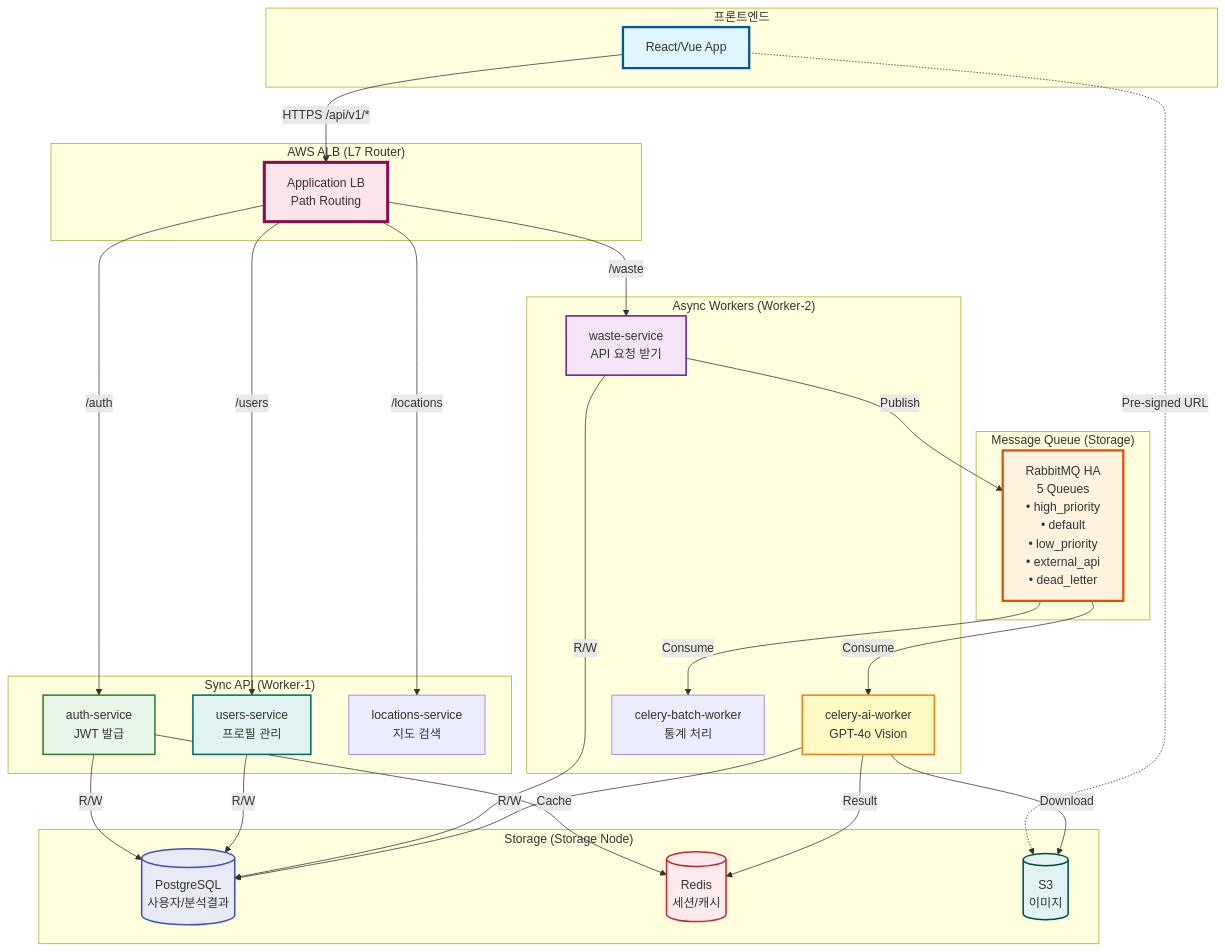
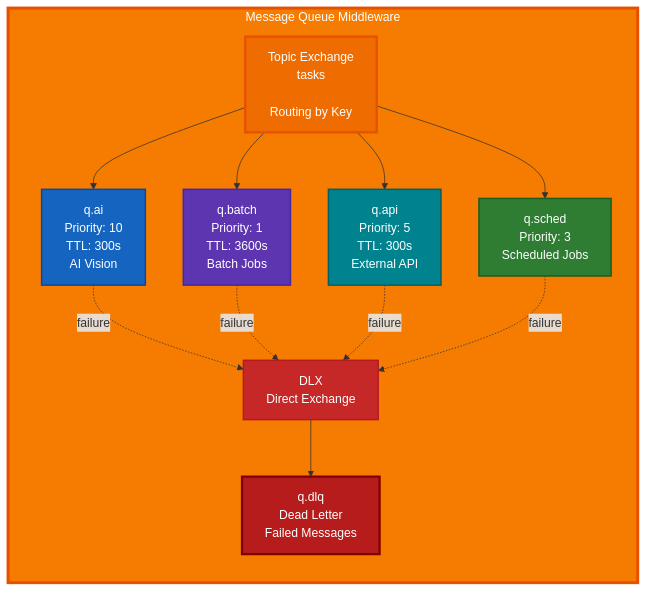
The fourth of 8 diagrams in docs/architecture/deployment-architecture-4node.md (eco2-team/backend), drawn with Mermaid before and after one commit. The commit also changed other lines of this file, not shown here.

First line of the commit message:
docs: Rewrite deployment-architecture-4node with 4-Tier Layered Architecture

````diff
--- a/docs/architecture/deployment-architecture-4node.md
+++ b/docs/architecture/deployment-architecture-4node.md
@@ -202,64 +248,34 @@
 ```mermaid
-graph TB
-    subgraph Frontend["프론트엔드"]
-        Web[React/Vue App]
+graph LR
+    subgraph MQ["Message Queue Middleware"]
+        Exchange["Topic Exchange<br/>tasks<br/><br/>Routing by Key"]
+        
+        Q1["q.ai<br/>Priority: 10<br/>TTL: 300s<br/>AI Vision"]
+        Q2["q.batch<br/>Priority: 1<br/>TTL: 3600s<br/>Batch Jobs"]
+        Q3["q.api<br/>Priority: 5<br/>TTL: 300s<br/>External API"]
+        Q4["q.sched<br/>Priority: 3<br/>Scheduled Jobs"]
+        Q5["q.dlq<br/>Dead Letter<br/>Failed Messages"]
+        
+        DLX["DLX<br/>Direct Exchange"]
     end
     
-    subgraph ALB_Layer["AWS ALB (L7 Router)"]
-        ALB[Application LB<br/>Path Routing]
-    end
+    Exchange --> Q1
+    Exchange --> Q2
+    Exchange --> Q3
+    Exchange --> Q4
     
-    subgraph API_Layer["Sync API (Worker-1)"]
-        Auth[auth-service<br/>JWT 발급]
-        Users[users-service<br/>프로필 관리]
-        Locations[locations-service<br/>지도 검색]
-    end
+    Q1 -.->|failure| DLX
+    Q2 -.->|failure| DLX
+    Q3 -.->|failure| DLX
+    Q4 -.->|failure| DLX
+    DLX --> Q5
     
-    subgraph Async_Layer["Async Workers (Worker-2)"]
-        Waste[waste-service<br/>API 요청 받기]
-        CeleryAI[celery-ai-worker<br/>GPT-4o Vision]
-        CeleryBatch[celery-batch-worker<br/>통계 처리]
-    end
-    
-    subgraph Queue["Message Queue (Storage)"]
-        RMQ[RabbitMQ HA<br/>5 Queues<br/>• high_priority<br/>• default<br/>• low_priority<br/>• external_api<br/>• dead_letter]
-    end
-    
-    subgraph Data["Storage (Storage Node)"]
-        PG[(PostgreSQL<br/>사용자/분석결과)]
-        Redis[(Redis<br/>세션/캐시)]
-        S3[(S3<br/>이미지)]
-    end
-    
-    Web -->|HTTPS /api/v1/*| ALB
-    ALB -->|/auth| Auth
-    ALB -->|/users| Users
-    ALB -->|/locations| Locations
-    ALB -->|/waste| Waste
-    
-    Waste -->|Publish| RMQ
-    RMQ -->|Consume| CeleryAI
-    RMQ -->|Consume| CeleryBatch
-    
-    Auth -->|R/W| PG
-    Users -->|R/W| PG
-    Waste -->|R/W| PG
-    CeleryAI -->|R/W| PG
-    
-    Auth -->|Cache| Redis
-    CeleryAI -->|Result| Redis
-    
-    Web -.->|Pre-signed URL| S3
-    CeleryAI -->|Download| S3
-    
-    style Web fill:#e1f5ff,stroke:#01579b,stroke-width:3px
-    style ALB fill:#fce4ec,stroke:#880e4f,stroke-width:4px
-    style Auth fill:#e8f5e9,stroke:#2e7d32,stroke-width:2px
-    style Users fill:#e0f2f1,stroke:#00695c,stroke-width:2px
-    style Waste fill:#f3e5f5,stroke:#6a1b9a,stroke-width:2px
-    style RMQ fill:#fff3e0,stroke:#e65100,stroke-width:3px
-    style CeleryAI fill:#fff9c4,stroke:#f57f17,stroke-width:2px
-    style PG fill:#e8eaf6,stroke:#3f51b5,stroke-width:2px
-    style Redis fill:#ffebee,stroke:#c62828,stroke-width:2px
-    style S3 fill:#e0f2f1,stroke:#004d40,stroke-width:2px
+    style MQ fill:#f57c00,color:#fff,stroke:#e65100,stroke-width:4px
+    style Exchange fill:#ef6c00,color:#fff,stroke:#e65100,stroke-width:3px
+    style Q1 fill:#1565c0,color:#fff,stroke:#0d47a1,stroke-width:2px
+    style Q2 fill:#5e35b1,color:#fff,stroke:#4527a0,stroke-width:2px
+    style Q3 fill:#00838f,color:#fff,stroke:#006064,stroke-width:2px
+    style Q4 fill:#2e7d32,color:#fff,stroke:#1b5e20,stroke-width:2px
+    style Q5 fill:#b71c1c,color:#fff,stroke:#7f0000,stroke-width:3px
+    style DLX fill:#c62828,color:#fff,stroke:#b71c1c,stroke-width:2px
 ```
````
